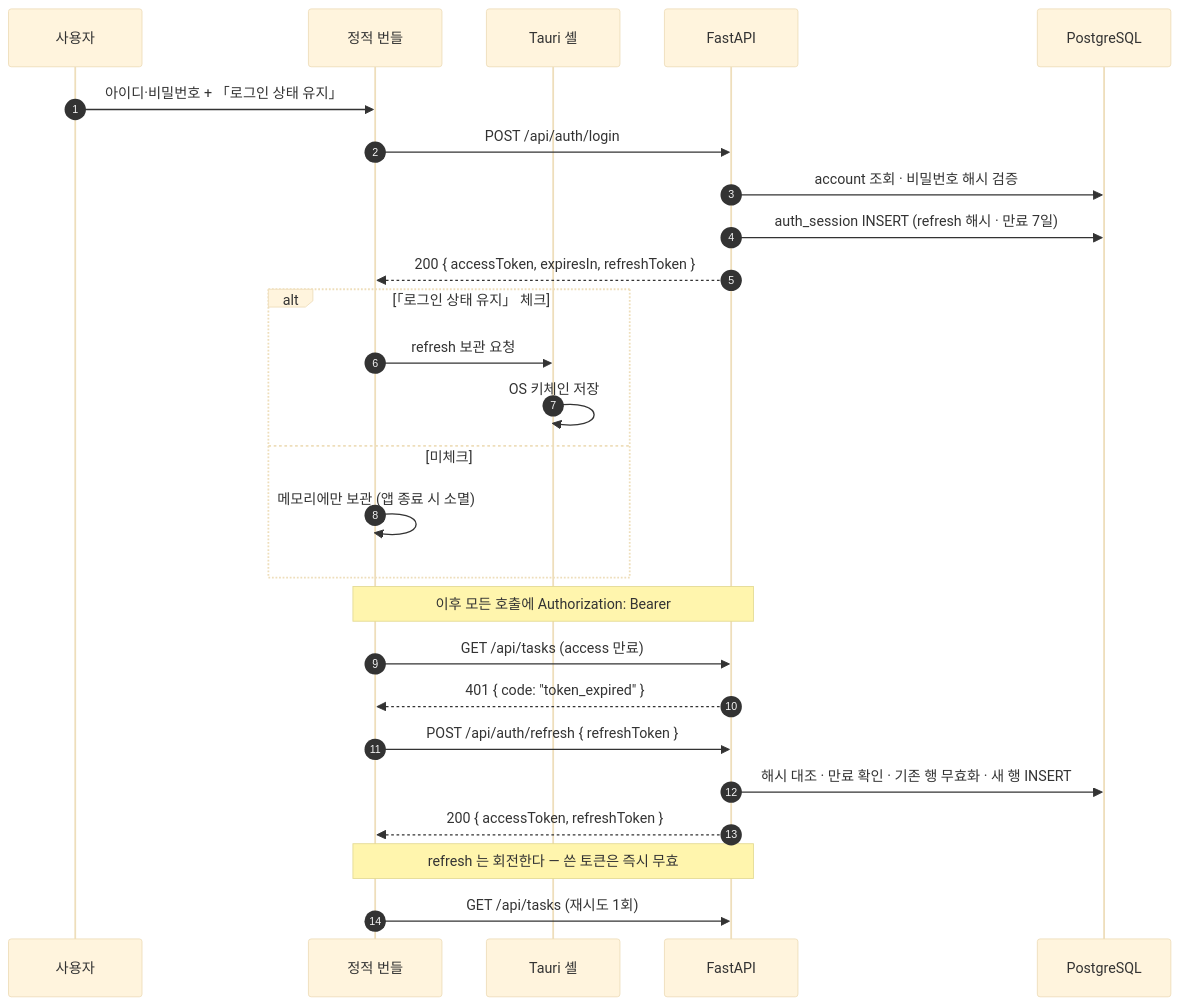
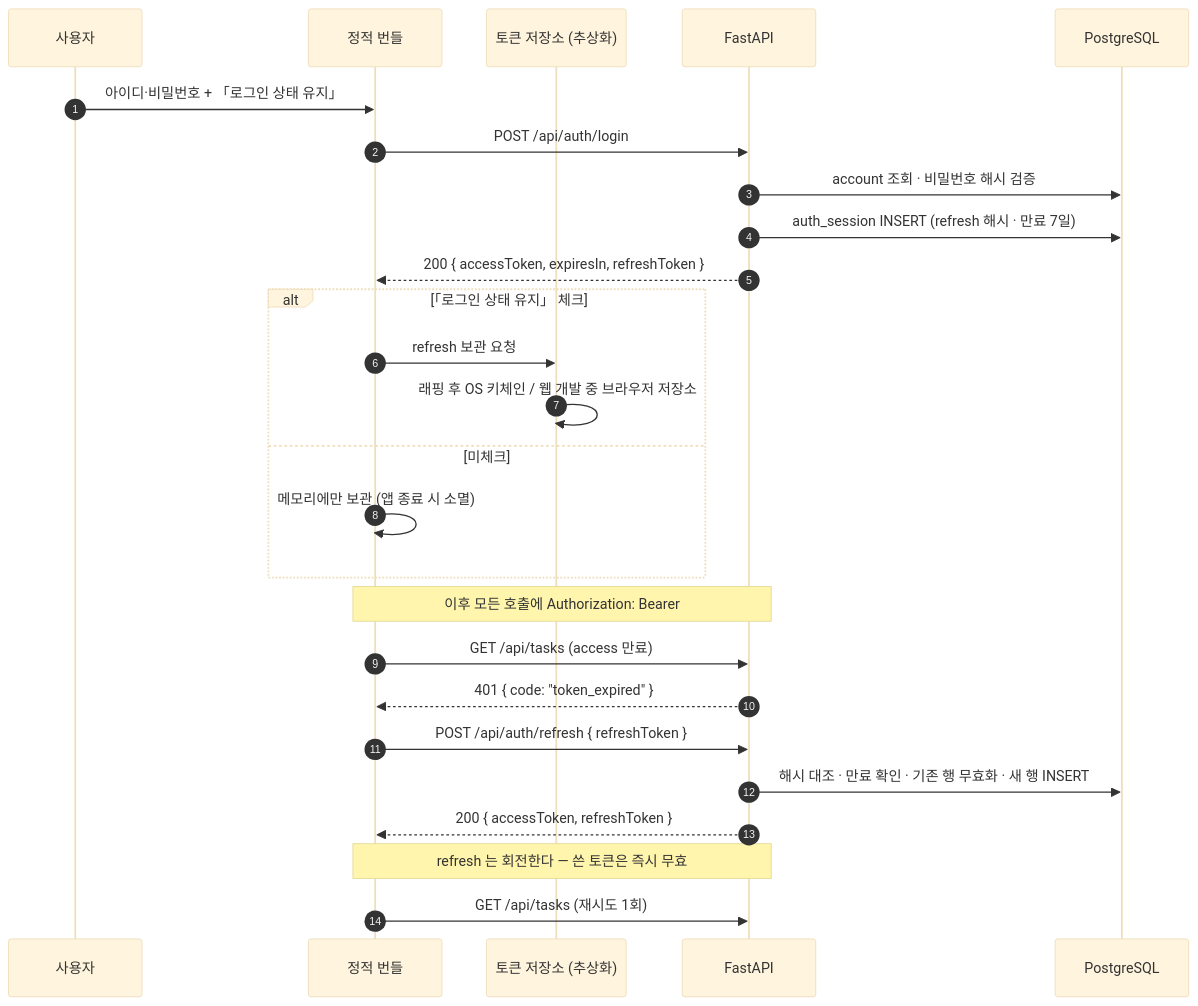
One commit to kknaks/kknaks_profile changed the second of 4 diagrams in para/projects/summer-star/task-management/40-architecture/system/README.md. Above: the diagram before and after it, drawn with Mermaid (base theme). The commit also changed other lines of this file and 8 other files, not shown here.

````diff
--- a/para/projects/summer-star/task-management/40-architecture/system/README.md
+++ b/para/projects/summer-star/task-management/40-architecture/system/README.md
@@ -117,31 +123,31 @@
 ```mermaid
 sequenceDiagram
   autonumber
   participant U as 사용자
   participant W as 정적 번들
-  participant S as Tauri 셸
+  participant S as 토큰 저장소 (추상화)
   participant A as FastAPI
   participant D as PostgreSQL
 
   U->>W: 아이디·비밀번호 + 「로그인 상태 유지」
   W->>A: POST /api/auth/login
   A->>D: account 조회 · 비밀번호 해시 검증
   A->>D: auth_session INSERT (refresh 해시 · 만료 7일)
   A-->>W: 200 { accessToken, expiresIn, refreshToken }
   alt 「로그인 상태 유지」 체크
     W->>S: refresh 보관 요청
-    S->>S: OS 키체인 저장
+    S->>S: 래핑 후 OS 키체인 / 웹 개발 중 브라우저 저장소
   else 미체크
     W->>W: 메모리에만 보관 (앱 종료 시 소멸)
   end
 
   Note over W,A: 이후 모든 호출에 Authorization: Bearer
 
   W->>A: GET /api/tasks (access 만료)
   A-->>W: 401 { code: "token_expired" }
   W->>A: POST /api/auth/refresh { refreshToken }
   A->>D: 해시 대조 · 만료 확인 · 기존 행 무효화 · 새 행 INSERT
   A-->>W: 200 { accessToken, refreshToken }
   Note over A,W: refresh 는 회전한다 — 쓴 토큰은 즉시 무효
   W->>A: GET /api/tasks (재시도 1회)
 ```
````
